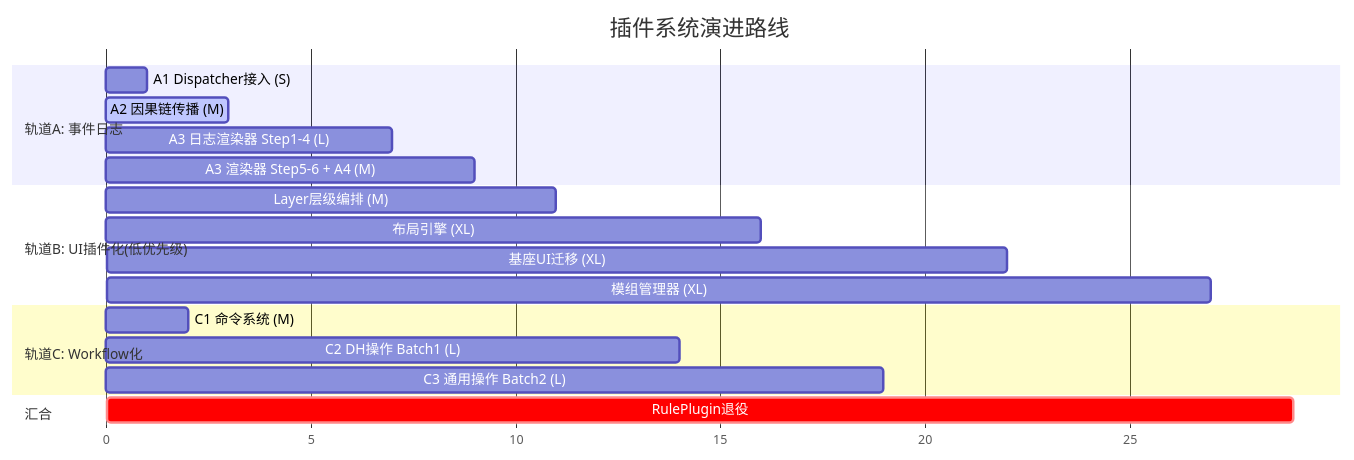
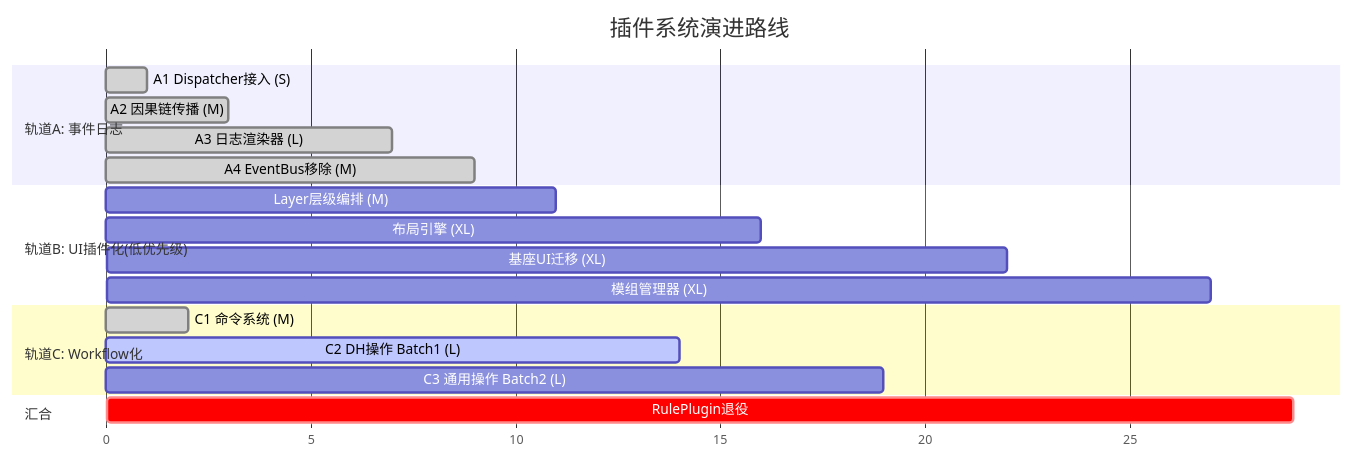
Before and after one commit to RidRisR/myVTT: the seventh of 18 diagrams in docs/design/17-插件系统演进路线.md, drawn with Mermaid. The commit also changed other lines of this file and 64 other files, not shown here.

````diff
--- a/docs/design/17-插件系统演进路线.md
+++ b/docs/design/17-插件系统演进路线.md
@@ -268,26 +271,26 @@
 ```mermaid
 gantt
     title 插件系统演进路线
     dateFormat X
     axisFormat %s
 
     section 轨道A: 事件日志
-    A1 Dispatcher接入 (S)         :a1, 0, 1
-    A2 因果链传播 (M)             :active, a2, 1, 3
-    A3 日志渲染器 Step1-4 (L)     :a3, 3, 7
-    A3 渲染器 Step5-6 + A4 (M)   :a4, 7, 9
+    A1 Dispatcher接入 (S)         :done, a1, 0, 1
+    A2 因果链传播 (M)             :done, a2, 1, 3
+    A3 日志渲染器 (L)             :done, a3, 3, 7
+    A4 EventBus移除 (M)           :done, a4, 7, 9
 
     section 轨道B: UI插件化(低优先级)
     Layer层级编排 (M)             :b0, 9, 11
     布局引擎 (XL)                 :b1, 11, 16
     基座UI迁移 (XL)               :b3, 16, 22
     模组管理器 (XL)               :b4, 22, 27
 
     section 轨道C: Workflow化
-    C1 命令系统 (M)               :c1, 0, 2
-    C2 DH操作 Batch1 (L)          :c2, 9, 14
+    C1 命令系统 (M)               :done, c1, 0, 2
+    C2 DH操作 Batch1 (L)          :active, c2, 9, 14
     C3 通用操作 Batch2 (L)        :c3, 14, 19
 
     section 汇合
     RulePlugin退役                :crit, fin, 27, 29
 ```
````
